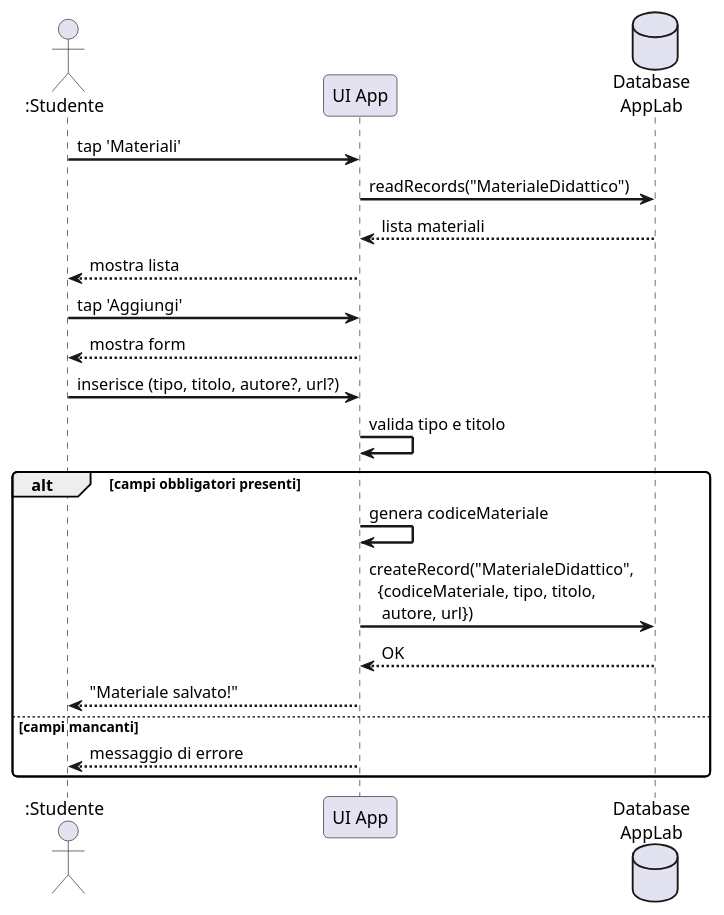
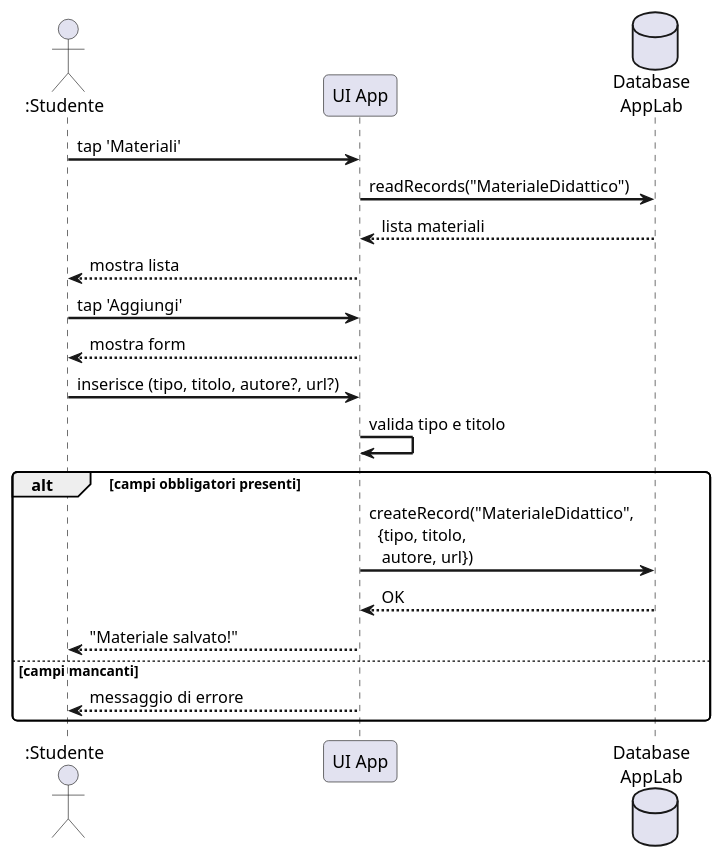
One commit to gionatamassibenincasa/study-together changed the sixth of 8 diagrams in srs.adoc. Above: the diagram before and after it, drawn with PlantUML. The commit also changed other lines of this file and 11 other files, not shown here.

Commit message:
Align schema to auto-generated IDs

```diff
--- a/srs.adoc
+++ b/srs.adoc
@@ -714,31 +745,30 @@
 [plantuml, sd-inserimento-materiale, svg]
 ....
 @startuml
 skinparam sequenceArrowThickness 2
 skinparam roundcorner 8
 
 actor ":Studente" as S
 participant "UI App" as UI
 database "Database\nAppLab" as DB
 
 S -> UI : tap 'Materiali'
 UI -> DB : readRecords("MaterialeDidattico")
 DB --> UI : lista materiali
 UI --> S : mostra lista
 
 S -> UI : tap 'Aggiungi'
 UI --> S : mostra form
 
 S -> UI : inserisce (tipo, titolo, autore?, url?)
 UI -> UI : valida tipo e titolo
 
 alt campi obbligatori presenti
-  UI -> UI : genera codiceMateriale
-  UI -> DB : createRecord("MaterialeDidattico",\n  {codiceMateriale, tipo, titolo,\n   autore, url})
+  UI -> DB : createRecord("MaterialeDidattico",\n  {tipo, titolo,\n   autore, url})
   DB --> UI : OK
   UI --> S : "Materiale salvato!"
 else campi mancanti
   UI --> S : messaggio di errore
 end
 @enduml
 ....
```
